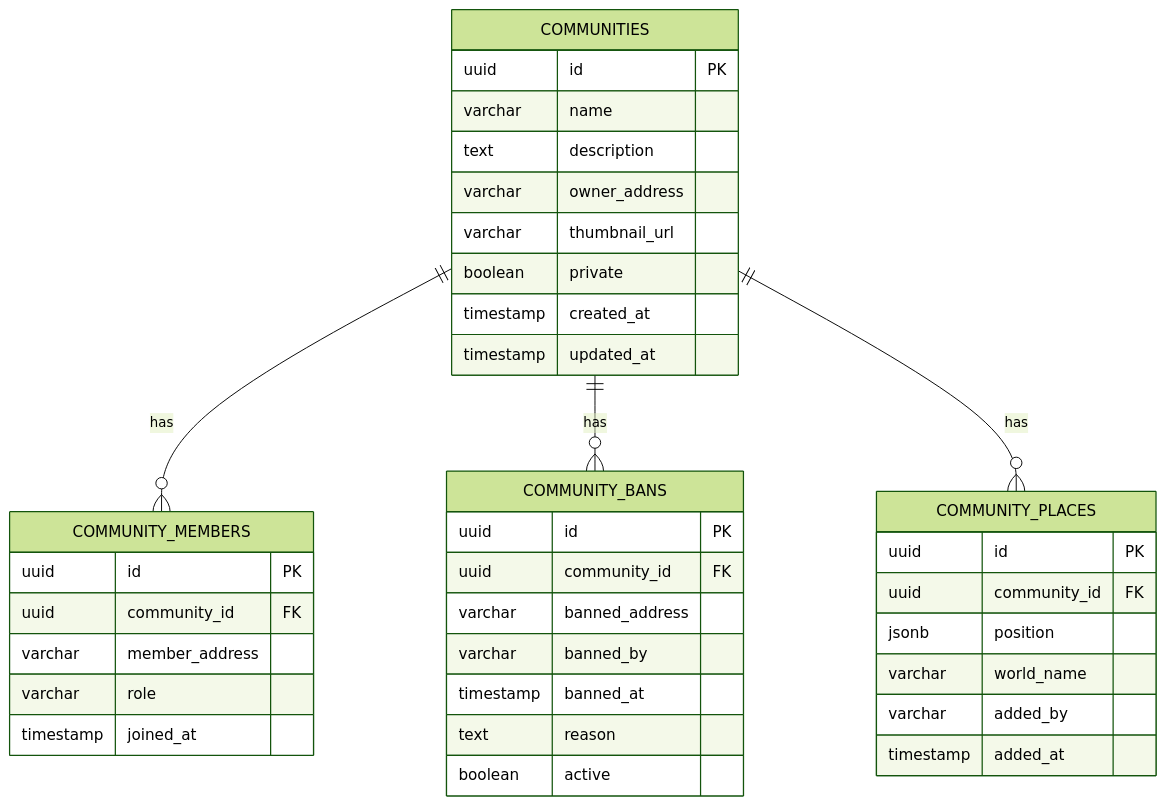
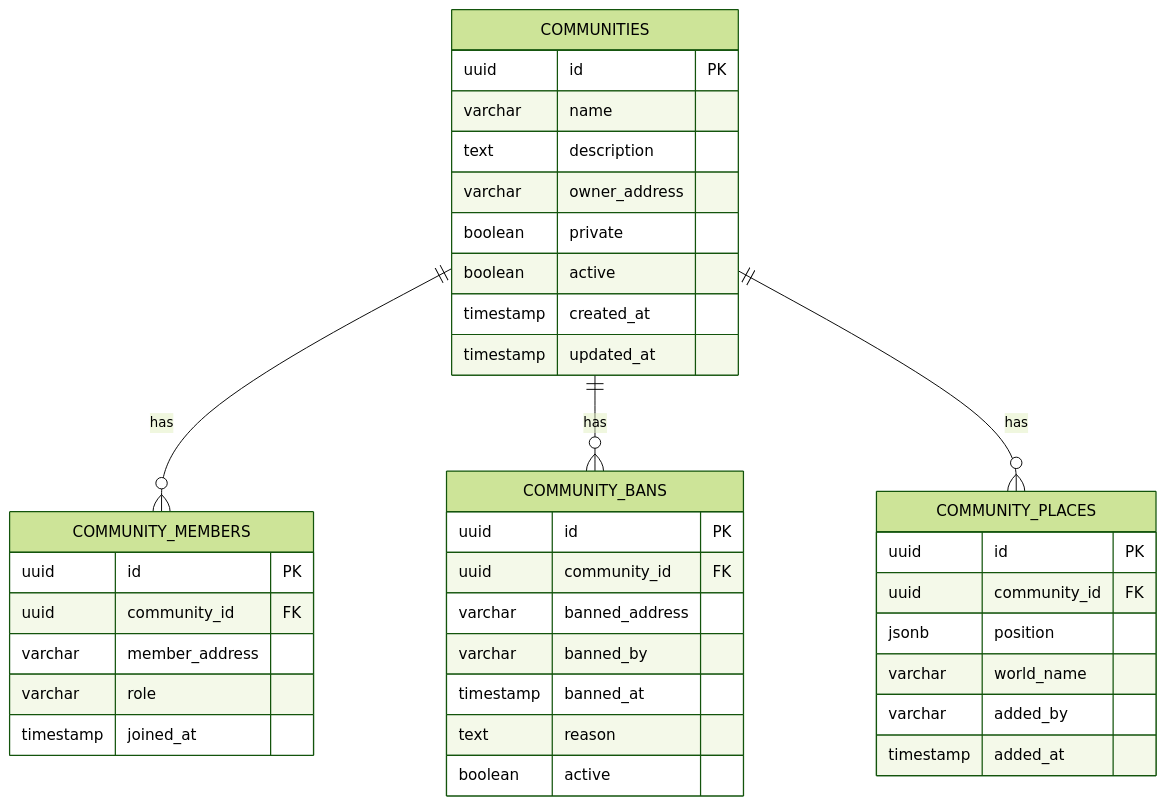
One commit to decentraland/social-service-ea changed the second of 4 diagrams in README.md. Above: the diagram before and after it, drawn with Mermaid (forest theme). The commit also changed 1 other file, not shown here.

Commit message:
refactor: Logic delete communities + use community id for the thumbnails url

````diff
--- a/README.md
+++ b/README.md
@@ -93,41 +93,41 @@
 ```mermaid
 erDiagram
   COMMUNITIES {
     uuid id PK
     varchar name
     text description
     varchar owner_address
-    varchar thumbnail_url
     boolean private
+    boolean active
     timestamp created_at
     timestamp updated_at
   }
   COMMUNITY_MEMBERS {
     uuid id PK
     uuid community_id FK
     varchar member_address
     varchar role
     timestamp joined_at
   }
   COMMUNITY_BANS {
     uuid id PK
     uuid community_id FK
     varchar banned_address
     varchar banned_by
     timestamp banned_at
     text reason
     boolean active
   }
   COMMUNITY_PLACES {
     uuid id PK
     uuid community_id FK
     jsonb position
     varchar world_name
     varchar added_by
     timestamp added_at
   }
 
   COMMUNITIES ||--o{ COMMUNITY_MEMBERS : "has"
   COMMUNITIES ||--o{ COMMUNITY_BANS : "has"
   COMMUNITIES ||--o{ COMMUNITY_PLACES : "has"
 ```
````
